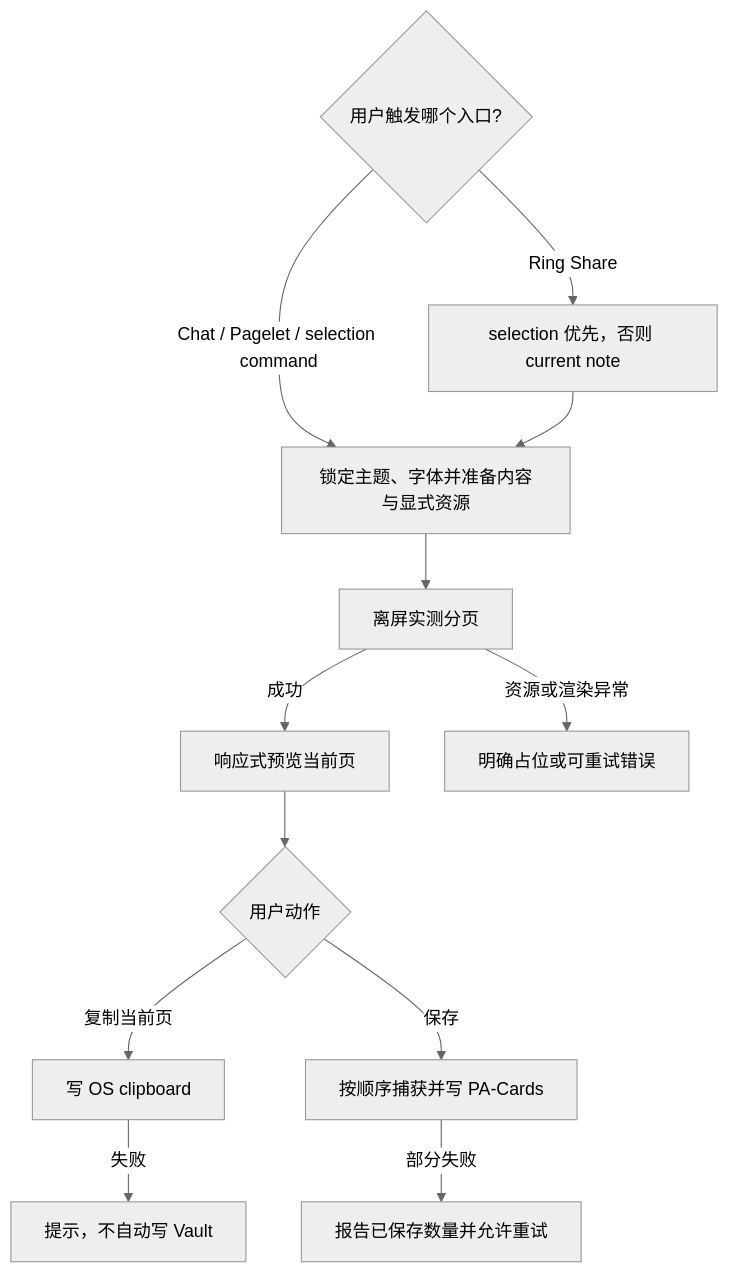
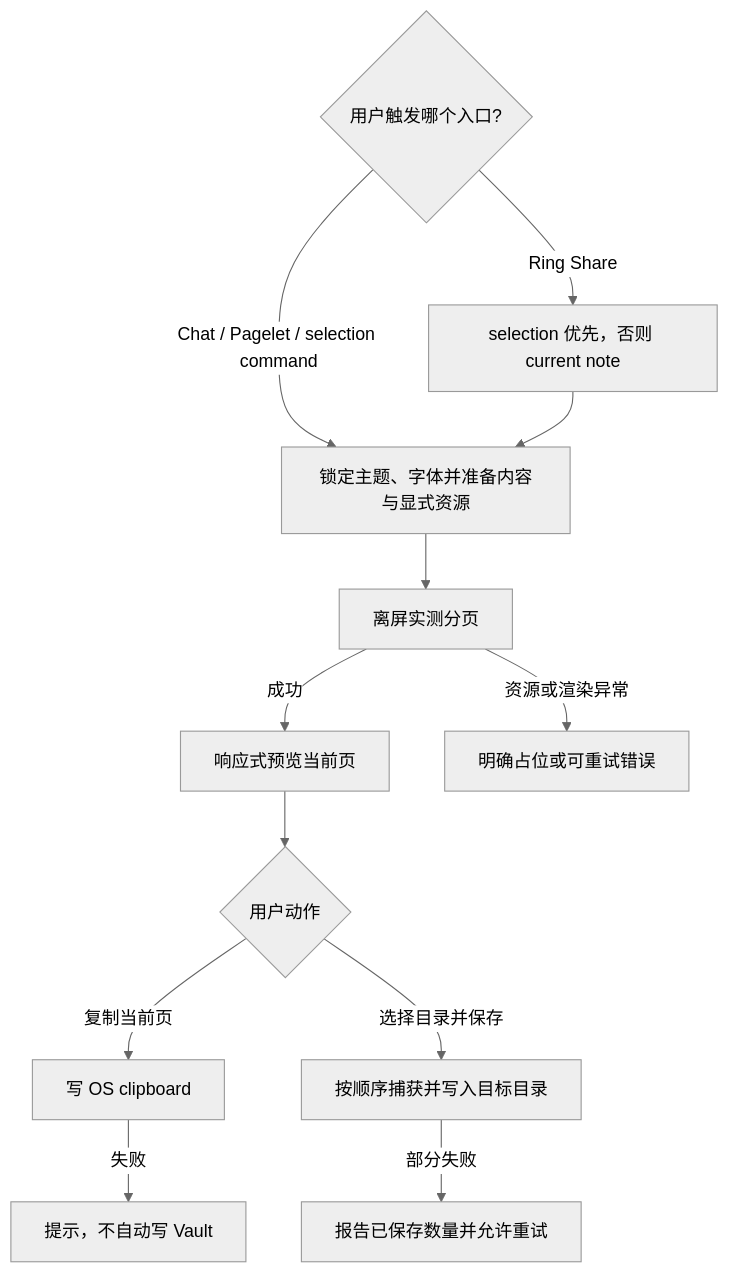
One commit to edonyzpc/personal-assistant changed the diagram in docs/product/specs/pa-share-card-product-spec.md. Above: the diagram before and after it, drawn with Mermaid (neutral theme). The commit also changed other lines of this file and 18 other files, not shown here.

Commit message:
docs(share-card): close out B-124 architecture and spec authority

````diff
--- a/docs/product/specs/pa-share-card-product-spec.md
+++ b/docs/product/specs/pa-share-card-product-spec.md
@@ -111,15 +125,15 @@
 ```mermaid
 flowchart TD
   A{用户触发哪个入口?}
   A -->|Chat / Pagelet / selection command| B[锁定主题、字体并准备内容与显式资源]
   A -->|Ring Share| A1[selection 优先，否则 current note]
   A1 --> B
   B --> C[离屏实测分页]
   C -->|成功| D[响应式预览当前页]
   C -->|资源或渲染异常| E[明确占位或可重试错误]
   D --> F{用户动作}
   F -->|复制当前页| G[写 OS clipboard]
-  F -->|保存| H[按顺序捕获并写 PA-Cards]
+  F -->|选择目录并保存| H[按顺序捕获并写入目标目录]
   G -->|失败| I[提示，不自动写 Vault]
   H -->|部分失败| J[报告已保存数量并允许重试]
 ```
````
